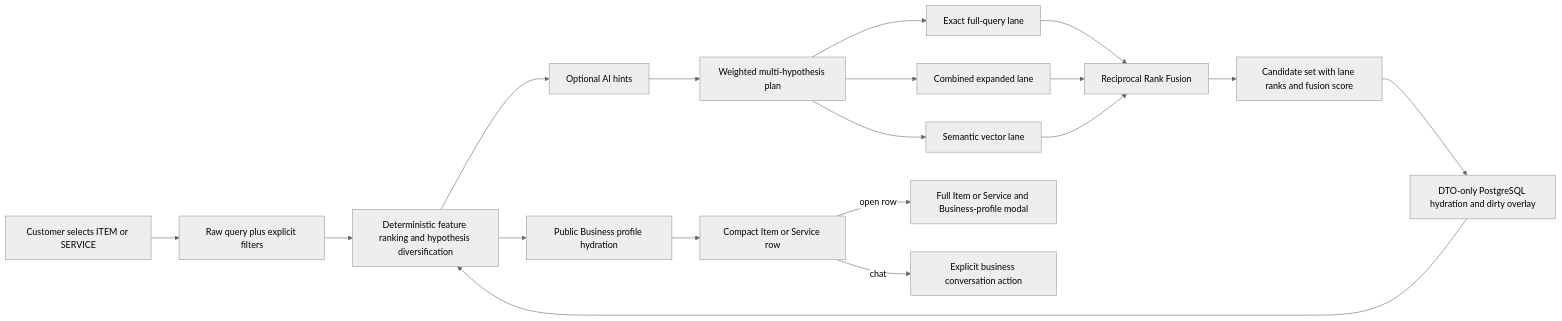
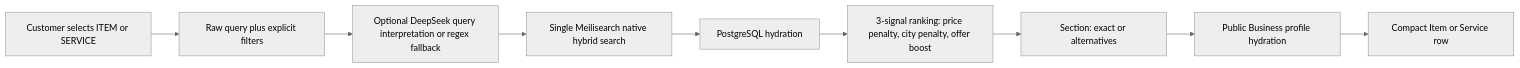
One commit to Siirio/AskBackend changed the second of 2 diagrams in AI_Knowledge/features/search/flow.md. Above: the diagram before and after it, drawn with Mermaid (neutral theme). The commit also changed other lines of this file and 45 other files, not shown here.

````diff
--- a/AI_Knowledge/features/search/flow.md
+++ b/AI_Knowledge/features/search/flow.md
@@ -20,20 +20,11 @@
 ```mermaid
 flowchart LR
     U[Customer selects ITEM or SERVICE] --> Q[Raw query plus explicit filters]
-    Q --> D[Deterministic interpretation]
-    D --> A[Optional AI hints]
-    A --> P[Weighted multi-hypothesis plan]
-    P --> E[Exact full-query lane]
-    P --> X[Combined expanded lane]
-    P --> S[Semantic vector lane]
-    E --> R[Reciprocal Rank Fusion]
-    X --> R
-    S --> R
-    R --> K[Candidate set with lane ranks and fusion score]
-    K --> H[DTO-only PostgreSQL hydration and dirty overlay]
-    H --> D[Deterministic feature ranking and hypothesis diversification]
-    D --> B[Public Business profile hydration]
+    Q --> A[Optional DeepSeek query interpretation or regex fallback]
+    A --> H[Single Meilisearch native hybrid search]
+    H --> P[PostgreSQL hydration]
+    P --> R[3-signal ranking: price penalty, city penalty, offer boost]
+    R --> S[Section: exact or alternatives]
+    S --> B[Public Business profile hydration]
     B --> C[Compact Item or Service row]
-    C -->|open row| M[Full Item or Service and Business-profile modal]
-    C -->|chat| T[Explicit business conversation action]
 ```
````
